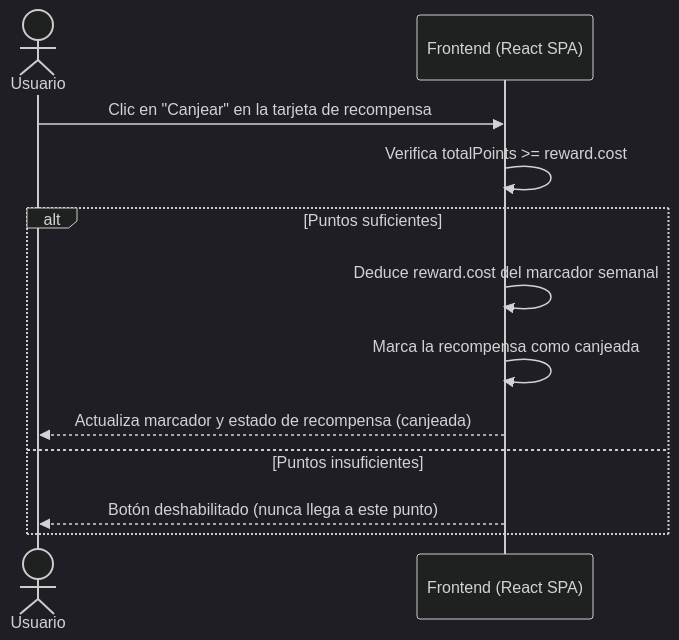
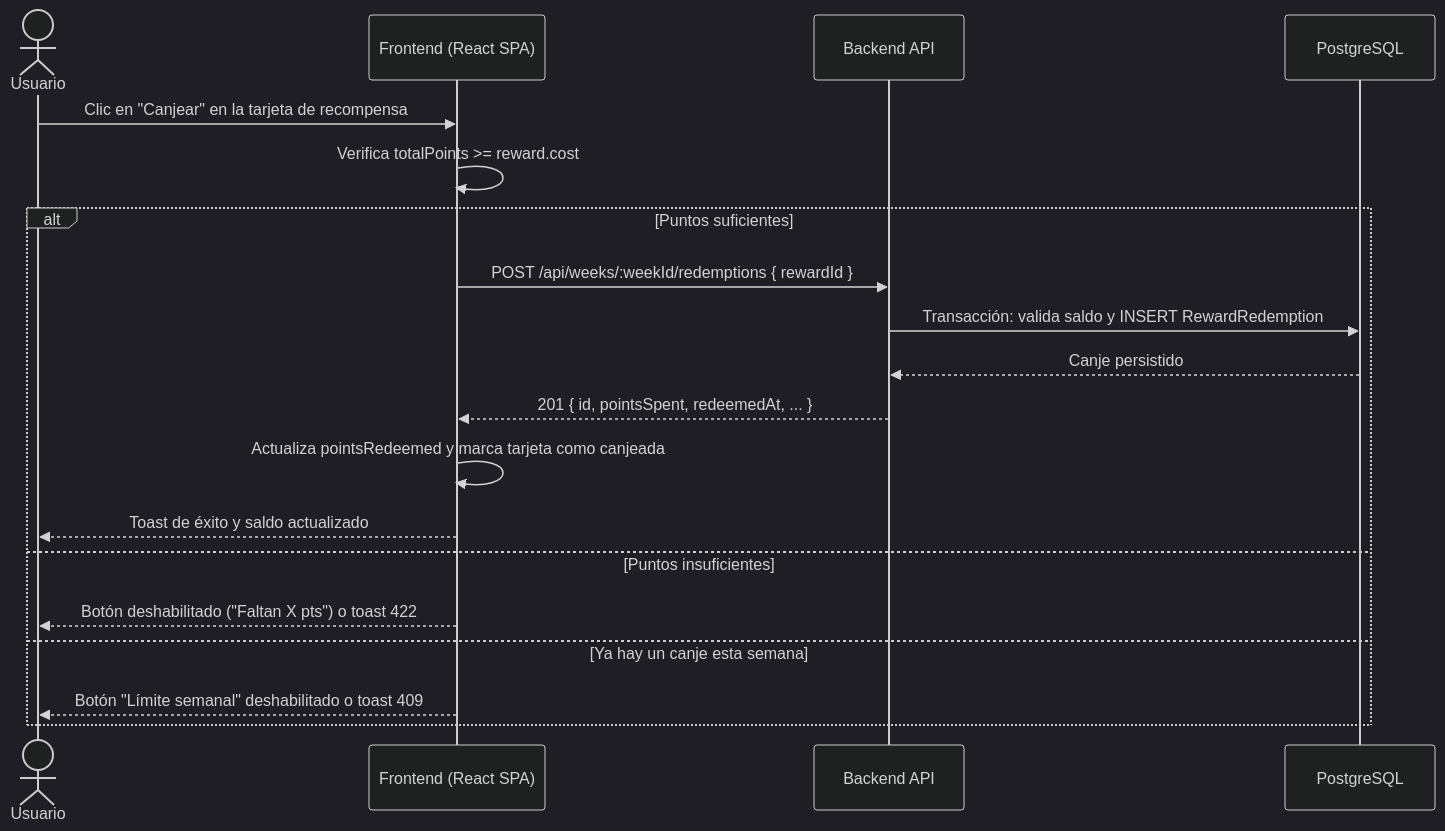
One commit to isaacmvimv/AI4Devs-finalproject-IMV changed the seventh of 16 diagrams in docs/prd.md. Above: the diagram before and after it, drawn with Mermaid (dark theme). The commit also changed other lines of this file and 61 other files, not shown here.

````diff
--- a/docs/prd.md
+++ b/docs/prd.md
@@ -368,15 +384,22 @@
 ```mermaid
 sequenceDiagram
   actor U as Usuario
   participant SPA as Frontend (React SPA)
+  participant API as Backend API
+  participant DB as PostgreSQL
 
   U->>SPA: Clic en "Canjear" en la tarjeta de recompensa
   SPA->>SPA: Verifica totalPoints >= reward.cost
   alt Puntos suficientes
-    SPA->>SPA: Deduce reward.cost del marcador semanal
-    SPA->>SPA: Marca la recompensa como canjeada
-    SPA-->>U: Actualiza marcador y estado de recompensa (canjeada)
+    SPA->>API: POST /api/weeks/:weekId/redemptions { rewardId }
+    API->>DB: Transacción: valida saldo y INSERT RewardRedemption
+    DB-->>API: Canje persistido
+    API-->>SPA: 201 { id, pointsSpent, redeemedAt, ... }
+    SPA->>SPA: Actualiza pointsRedeemed y marca tarjeta como canjeada
+    SPA-->>U: Toast de éxito y saldo actualizado
   else Puntos insuficientes
-    SPA-->>U: Botón deshabilitado (nunca llega a este punto)
+    SPA-->>U: Botón deshabilitado ("Faltan X pts") o toast 422
+  else Ya hay un canje esta semana
+    SPA-->>U: Botón "Límite semanal" deshabilitado o toast 409
   end
 ```
````
